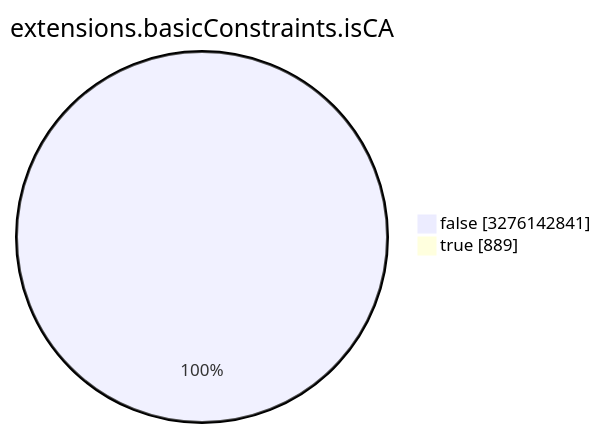
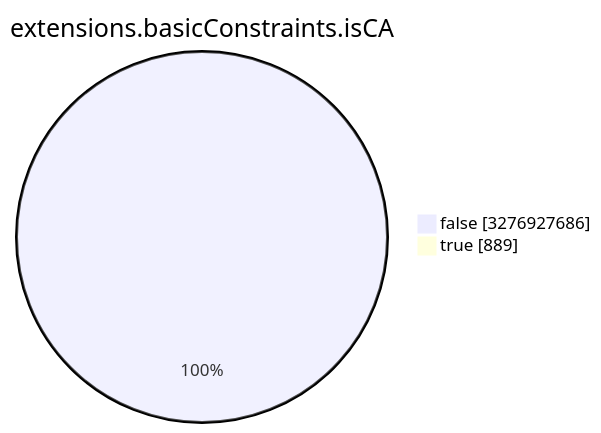
One commit to christiankrug/ctmonitor_visualization changed the seventh of 15 diagrams in TOTAL/README.md. Above: the diagram before and after it, drawn with Mermaid. The commit also changed other lines of this file, not shown here.

````diff
--- a/TOTAL/README.md
+++ b/TOTAL/README.md
@@ -3089,6 +3089,6 @@
 ```mermaid
 pie showData
 title extensions.basicConstraints.isCA
-"false" :3276142841
+"false" :3276927686
 "true" :889
 ```
````
